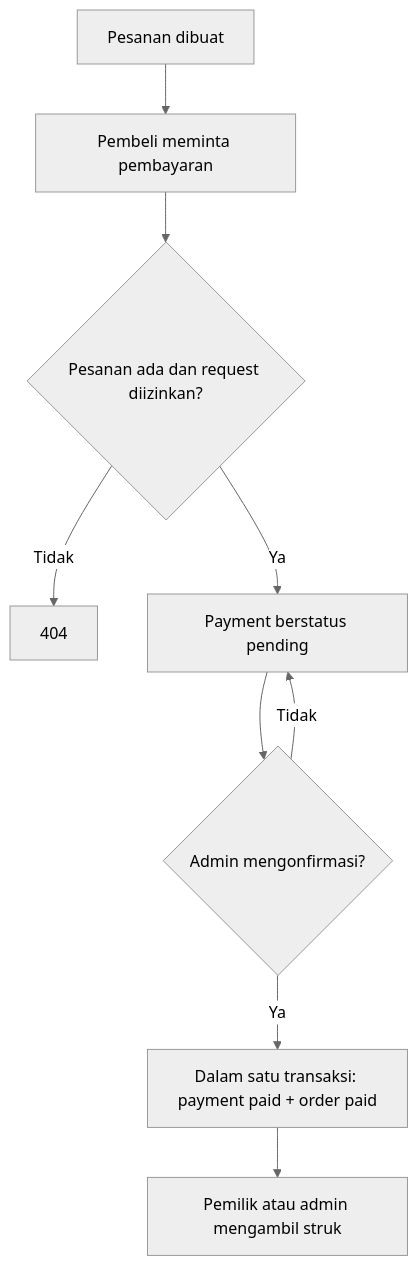
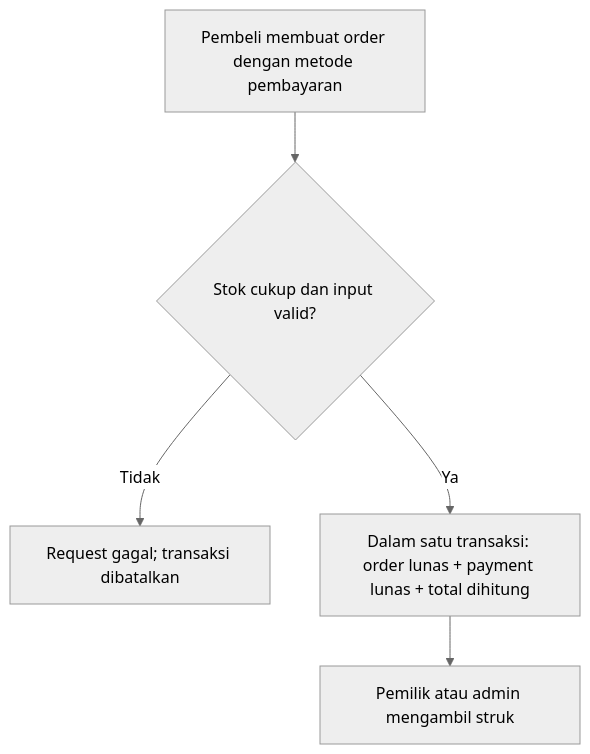
One commit to yofanrifky/backend-actixweb-rust changed the diagram in catatan/handlers/payments.md. Above: the diagram before and after it, drawn with Mermaid (neutral theme). The commit also changed other lines of this file and 12 other files, not shown here.

````diff
--- a/catatan/handlers/payments.md
+++ b/catatan/handlers/payments.md
@@ -11,11 +11,7 @@
 ```mermaid
 flowchart TD
-    A[Pesanan dibuat] --> B[Pembeli meminta pembayaran]
-    B --> C{Pesanan ada dan request diizinkan?}
-    C -- Tidak --> D[404]
-    C -- Ya --> E[Payment berstatus pending]
-    E --> F{Admin mengonfirmasi?}
-    F -- Tidak --> E
-    F -- Ya --> G[Dalam satu transaksi: payment paid + order paid]
-    G --> H[Pemilik atau admin mengambil struk]
+    A[Pembeli membuat order dengan metode pembayaran] --> B{Stok cukup dan input valid?}
+    B -- Tidak --> C[Request gagal; transaksi dibatalkan]
+    B -- Ya --> D[Dalam satu transaksi: order lunas + payment lunas + total dihitung]
+    D --> E[Pemilik atau admin mengambil struk]
 ```
````
